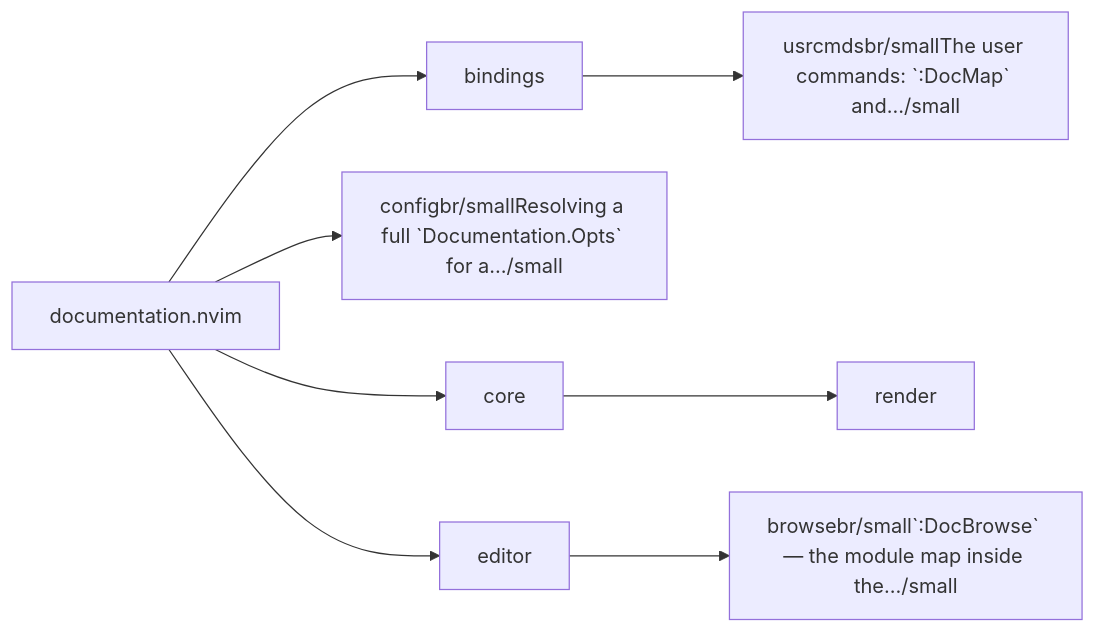
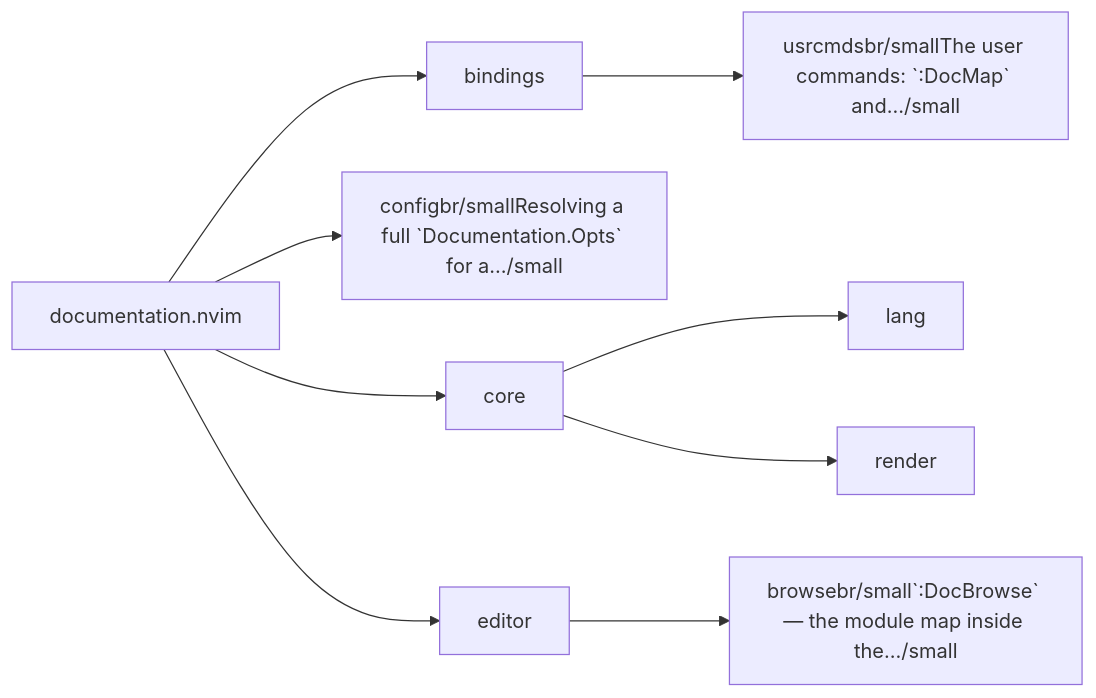
One commit to StefanBartl/documentation.nvim changed the first of 2 diagrams in docs/map/overview.md. Above: the diagram before and after it, drawn with Mermaid. The commit also changed other lines of this file and 12 other files, not shown here.

````diff
--- a/docs/map/overview.md
+++ b/docs/map/overview.md
@@ -14,18 +14,20 @@
 ```mermaid
 flowchart LR
   nlua_documentation["documentation.nvim"]
   nlua_documentation_bindings["bindings"]
   nlua_documentation_bindings_usrcmds["usrcmdsbr/smallThe user commands: `:DocMap` and…/small"]
   nlua_documentation_config["configbr/smallResolving a full `Documentation.Opts` for a…/small"]
   nlua_documentation_core["core"]
+  nlua_documentation_core_lang["lang"]
   nlua_documentation_core_render["render"]
   nlua_documentation_editor["editor"]
   nlua_documentation_editor_browse["browsebr/small`:DocBrowse` — the module map inside the…/small"]
   nlua_documentation --> nlua_documentation_bindings
   nlua_documentation_bindings --> nlua_documentation_bindings_usrcmds
   nlua_documentation --> nlua_documentation_config
   nlua_documentation --> nlua_documentation_core
+  nlua_documentation_core --> nlua_documentation_core_lang
   nlua_documentation_core --> nlua_documentation_core_render
   nlua_documentation --> nlua_documentation_editor
   nlua_documentation_editor --> nlua_documentation_editor_browse
 ```
````
